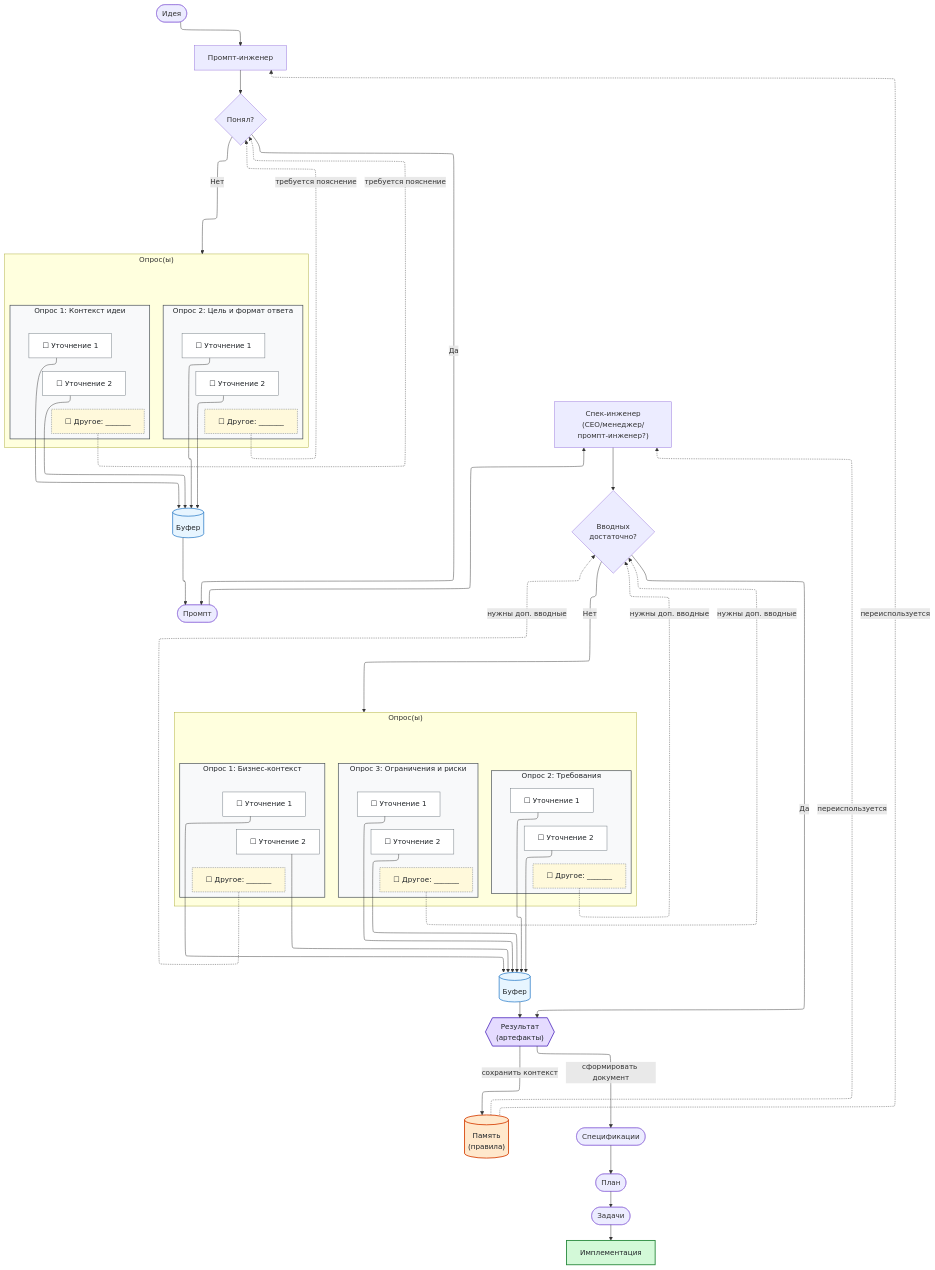
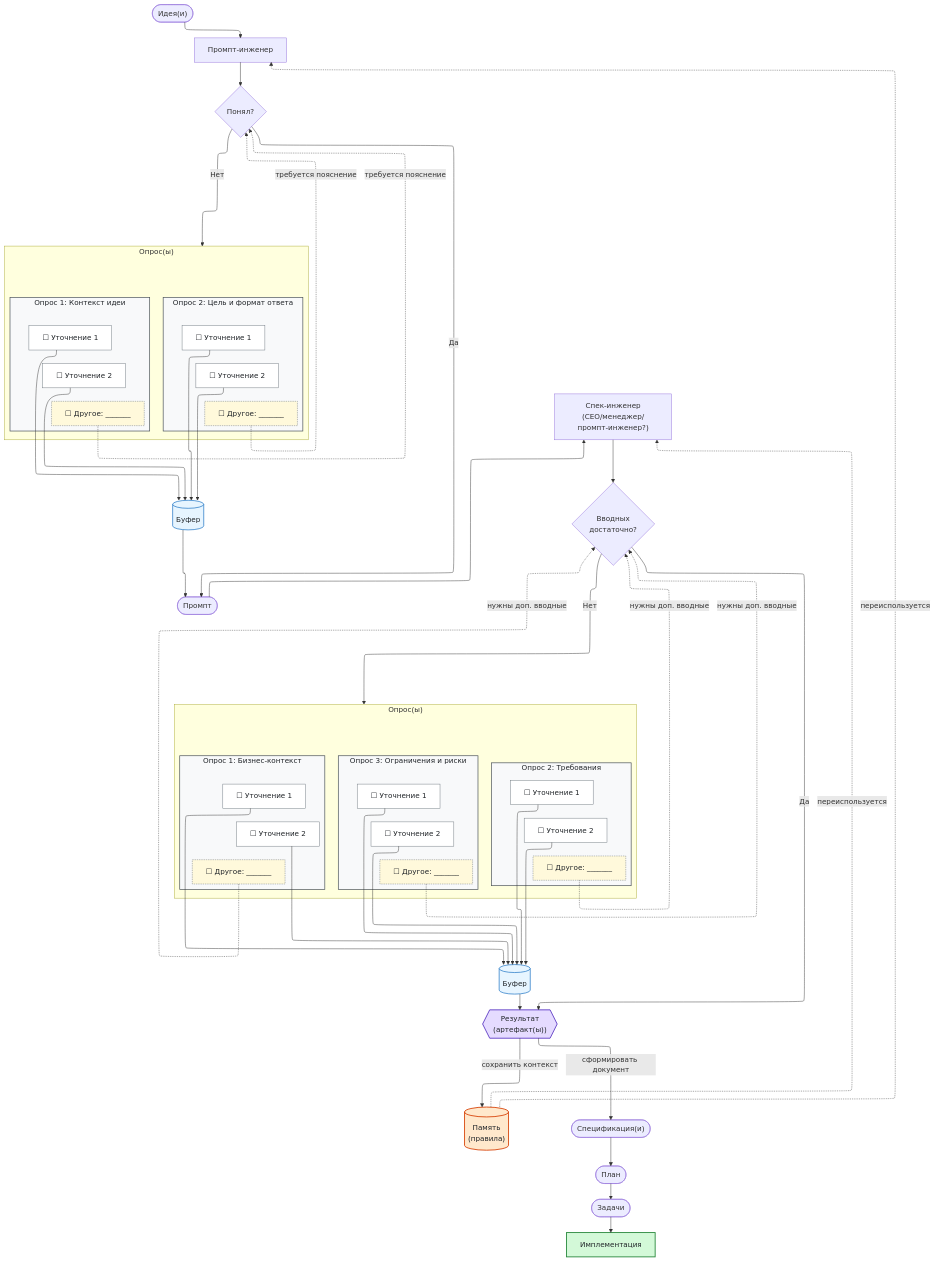
Before and after one commit to teratron/magic-spec: the diagram in .drafts/блок-схема.md, drawn with Mermaid.

Commit message:
Please provide the diff or a description of the changes so I can generate the commit message for you.

```diff
--- a/.drafts/блок-схема.md
+++ b/.drafts/блок-схема.md
@@ -11,7 +11,7 @@
 %%{init: {'flowchart': {'defaultRenderer': 'elk'}}}%%
 flowchart TB
     %% ================= БЛОК 1: ИДЕЯ -> ПРОМПТ =================
-    A(["Идея"]) --> B["Промпт-инженер"] --> C{"Понял?"}
+    A(["Идея(и)"]) --> B["Промпт-инженер"] --> C{"Понял?"}
 
     C -->|Нет| OP
 
@@ -88,7 +88,7 @@
     q1a & q1b & q2a & q2b & q3a & q3b --> SB[("Буфер")]
     q1x & q2x & q3x -.->|нужны доп. вводные| G
 
-    SB --> R{{"Результат<br />(артефакты)"}}
+    SB --> R{{"Результат<br />(артефакт(ы))"}}
     G -->|Да| R
 
     %% не даёт "Артефакты" всплыть на уровень "Буфер"
@@ -96,7 +96,7 @@
 
     %% ================= БЛОК 3: АРТЕФАКТЫ -> ИМПЛЕМЕНТАЦИЯ =================
     R -->|сохранить контекст| M[("Память<br />(правила)")]
-    R -->|сформировать документ| H(["Спецификации"])
+    R -->|сформировать документ| H(["Спецификация(и)"])
     H --> I(["План"]) --> J(["Задачи"]) --> K["Имплементация"]
 
     %% память питает следующие итерации
```
